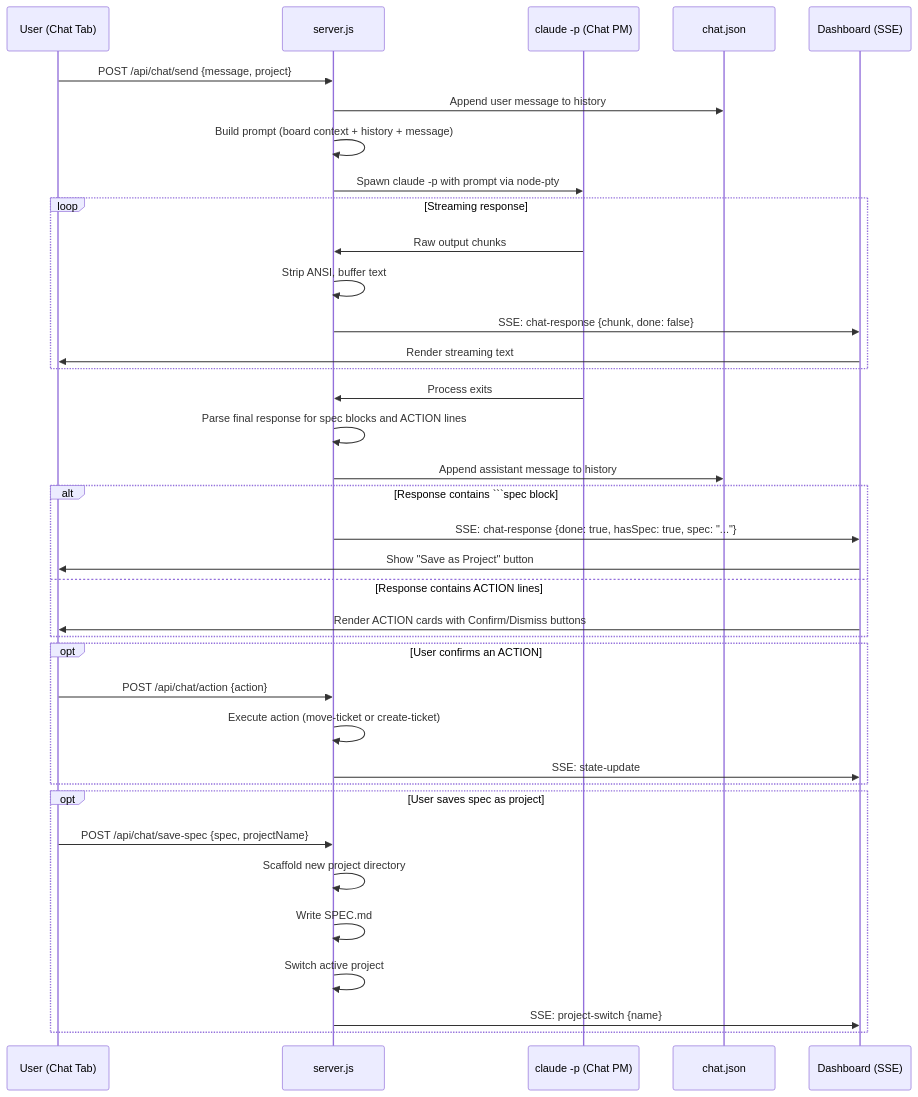
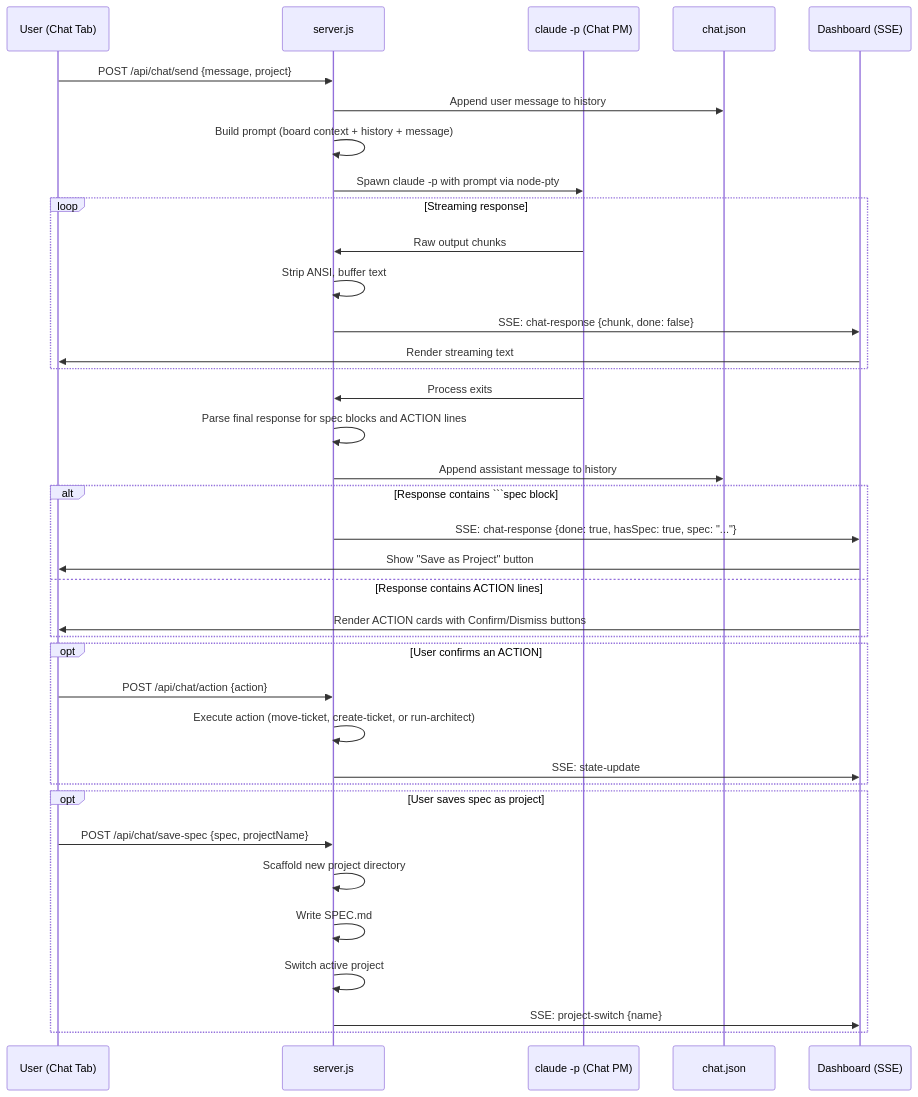
Before and after one commit to PraAIHub/SwarmBoard: the tenth of 11 diagrams in docs/ARCHITECTURE.md, drawn with Mermaid. The commit also changed other lines of this file, not shown here.

First line of the commit message:
Docs: comprehensive architect agent updates in ARCHITECTURE.md

````diff
--- a/docs/ARCHITECTURE.md
+++ b/docs/ARCHITECTURE.md
@@ -770,45 +785,45 @@
 ```mermaid
 sequenceDiagram
     participant U as User (Chat Tab)
     participant S as server.js
     participant CP as claude -p (Chat PM)
     participant CJ as chat.json
     participant D as Dashboard (SSE)
 
     U->>S: POST /api/chat/send {message, project}
     S->>CJ: Append user message to history
     S->>S: Build prompt (board context + history + message)
     S->>CP: Spawn claude -p with prompt via node-pty
 
     loop Streaming response
         CP->>S: Raw output chunks
         S->>S: Strip ANSI, buffer text
         S->>D: SSE: chat-response {chunk, done: false}
         D->>U: Render streaming text
     end
 
     CP->>S: Process exits
     S->>S: Parse final response for spec blocks and ACTION lines
     S->>CJ: Append assistant message to history
 
     alt Response contains ```spec block
         S->>D: SSE: chat-response {done: true, hasSpec: true, spec: "..."}
         D->>U: Show "Save as Project" button
     else Response contains ACTION lines
         D->>U: Render ACTION cards with Confirm/Dismiss buttons
     end
 
     opt User confirms an ACTION
         U->>S: POST /api/chat/action {action}
-        S->>S: Execute action (move-ticket or create-ticket)
+        S->>S: Execute action (move-ticket, create-ticket, or run-architect)
         S->>D: SSE: state-update
     end
 
     opt User saves spec as project
         U->>S: POST /api/chat/save-spec {spec, projectName}
         S->>S: Scaffold new project directory
         S->>S: Write SPEC.md
         S->>S: Switch active project
         S->>D: SSE: project-switch {name}
     end
 ```
````
